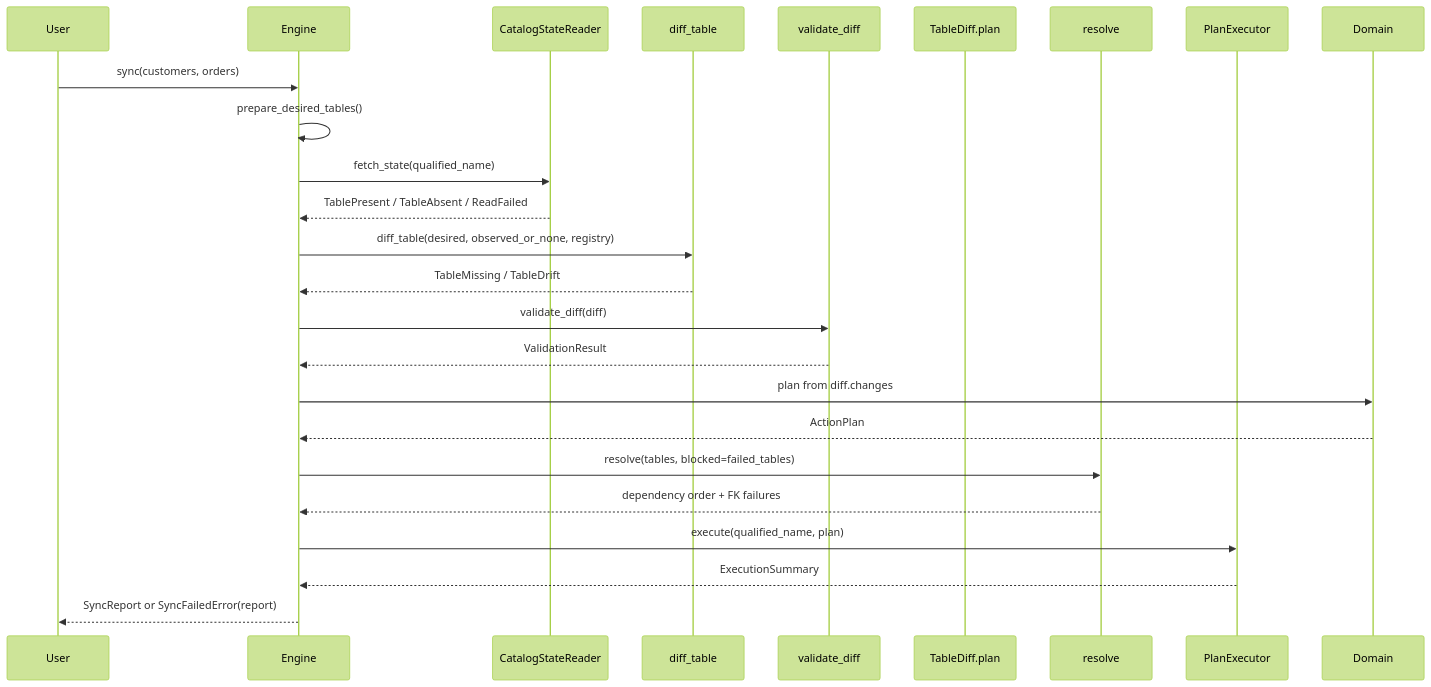
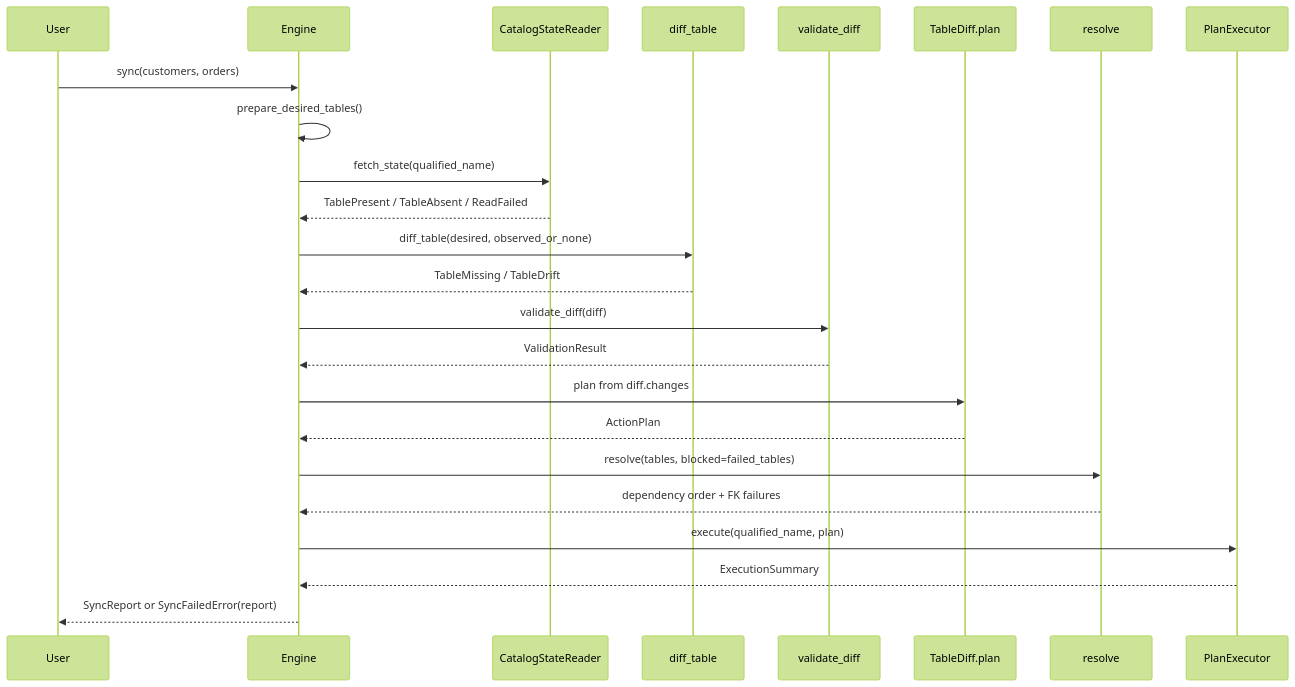
Before and after one commit to Tomoscorbin/delta-engine: the third of 5 diagrams in docs/explanation-architecture.md, drawn with Mermaid (forest theme). The commit also changed other lines of this file and 2 other files, not shown here.

First line of the commit message:
docs: correctness pass over the architecture section

````diff
--- a/docs/explanation-architecture.md
+++ b/docs/explanation-architecture.md
@@ -182,27 +183,27 @@
 ```mermaid
 sequenceDiagram
     participant User
     participant Engine
     participant Reader as CatalogStateReader
     participant Differ as diff_table
     participant Validator as validate_diff
     participant Planner as TableDiff.plan
     participant Resolver as resolve
     participant Executor as PlanExecutor
 
     User->>Engine: sync(customers, orders)
     Engine->>Engine: prepare_desired_tables()
     Engine->>Reader: fetch_state(qualified_name)
     Reader-->>Engine: TablePresent / TableAbsent / ReadFailed
-    Engine->>Differ: diff_table(desired, observed_or_none, registry)
+    Engine->>Differ: diff_table(desired, observed_or_none)
     Differ-->>Engine: TableMissing / TableDrift
     Engine->>Validator: validate_diff(diff)
     Validator-->>Engine: ValidationResult
-    Engine->>Domain: plan from diff.changes
-    Domain-->>Engine: ActionPlan
+    Engine->>Planner: plan from diff.changes
+    Planner-->>Engine: ActionPlan
     Engine->>Resolver: resolve(tables, blocked=failed_tables)
     Resolver-->>Engine: dependency order + FK failures
     Engine->>Executor: execute(qualified_name, plan)
     Executor-->>Engine: ExecutionSummary
     Engine-->>User: SyncReport or SyncFailedError(report)
 ```
````
